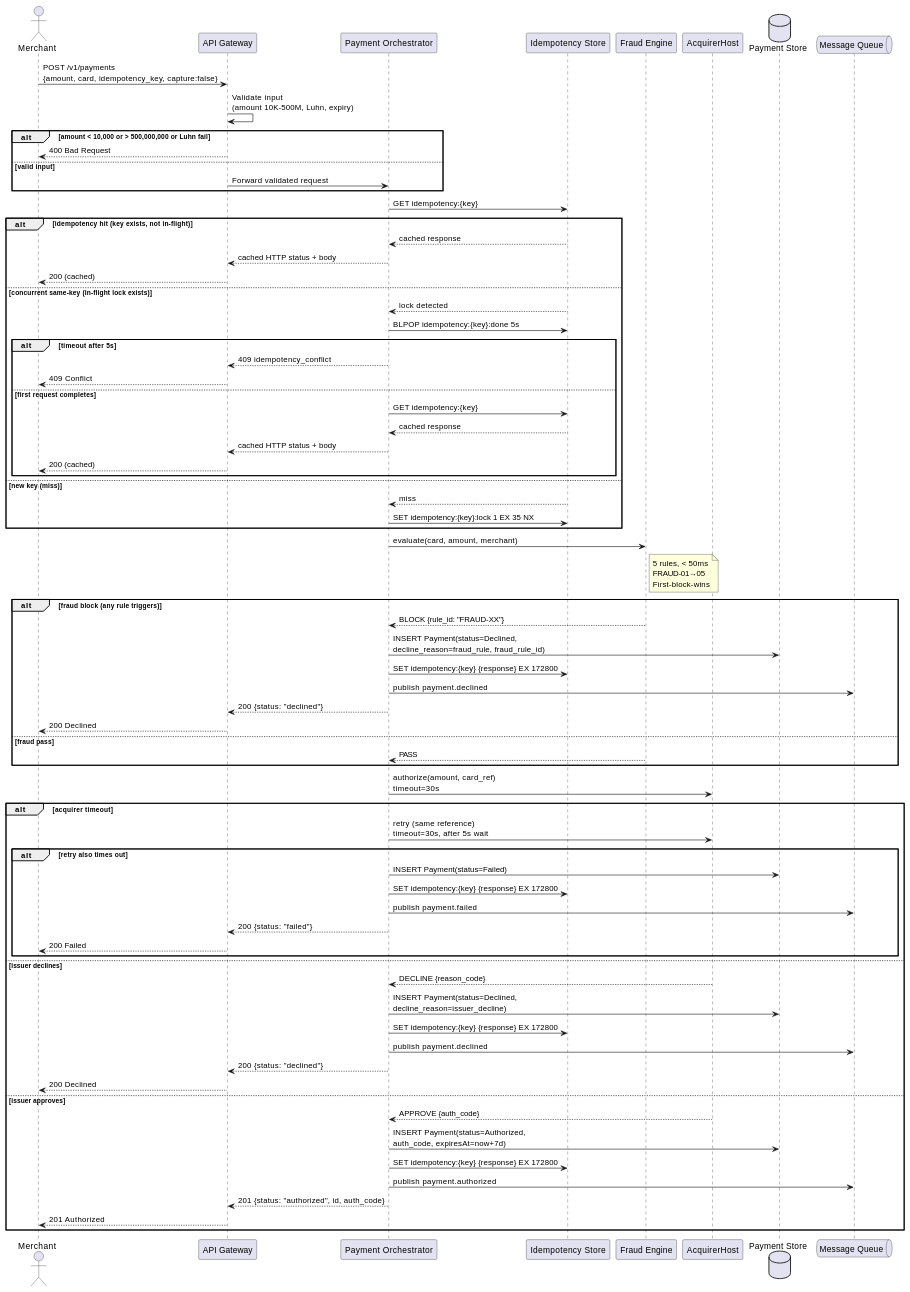
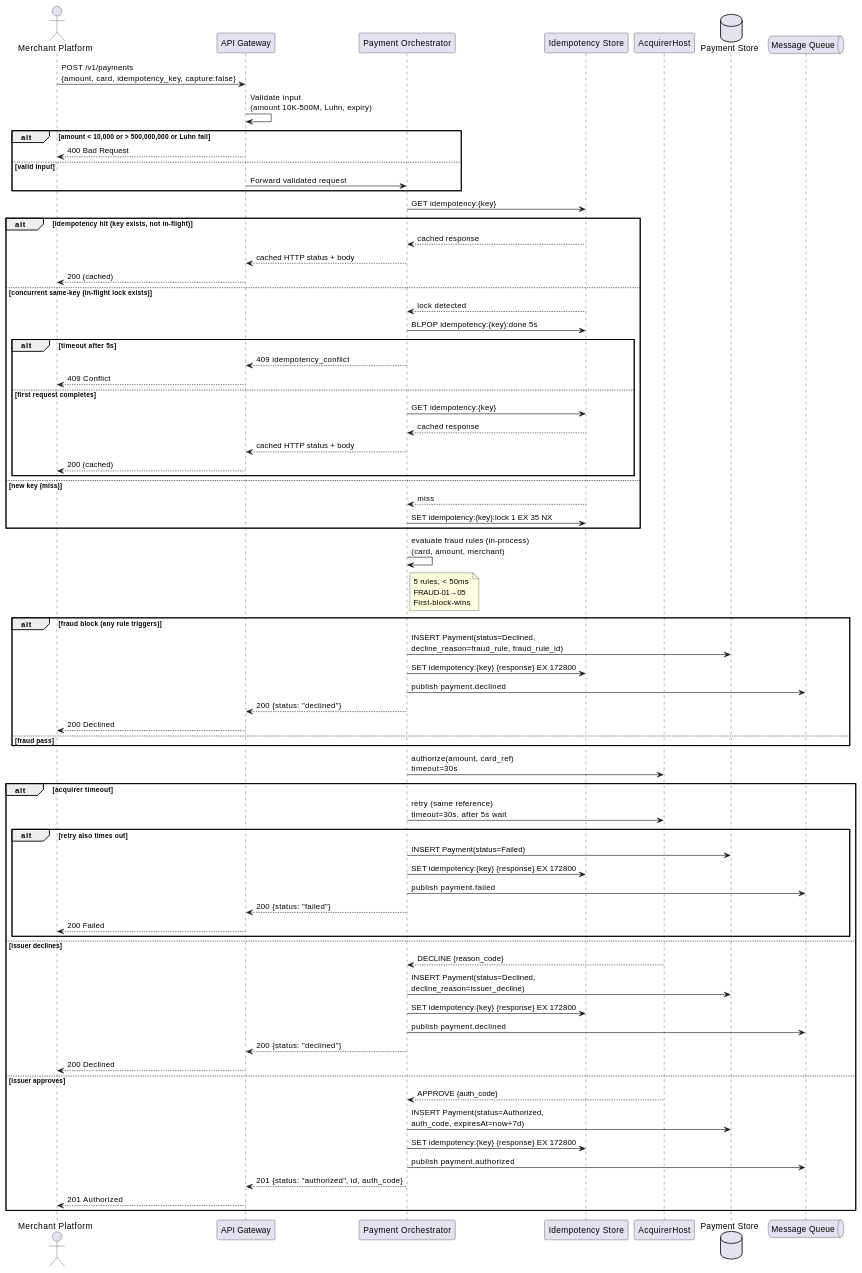
Before and after one commit to manhtienptit/team3: the first of 5 diagrams in Lb/Lab5-UML-LowLevel.md, drawn with PlantUML. The commit also changed other lines of this file and 6 other files, not shown here.

````diff
--- a/Lb/Lab5-UML-LowLevel.md
+++ b/Lb/Lab5-UML-LowLevel.md
@@ -35,10 +34,9 @@
 ```plantuml
 @startuml
-actor Merchant
+actor "Merchant Platform" as Merchant
 participant "API Gateway" as APIGW
 participant "Payment Orchestrator" as Orch
 participant "Idempotency Store" as Redis
-participant "Fraud Engine" as Fraud
 participant "AcquirerHost" as Acquirer
 database "Payment Store" as PG
 queue "Message Queue" as MQ
@@ -75,18 +73,16 @@
     Orch -> Redis : SET idempotency:{key}:lock 1 EX 35 NX
 end
 
-Orch -> Fraud : evaluate(card, amount, merchant)
-note right of Fraud : 5 rules, < 50ms\nFRAUD-01→05\nFirst-block-wins
+Orch -> Orch : evaluate fraud rules (in-process)\n(card, amount, merchant)
+note right of Orch : 5 rules, < 50ms\nFRAUD-01→05\nFirst-block-wins
 
 alt fraud block (any rule triggers)
-    Fraud --> Orch : BLOCK {rule_id: "FRAUD-XX"}
     Orch -> PG : INSERT Payment(status=Declined,\ndecline_reason=fraud_rule, fraud_rule_id)
     Orch -> Redis : SET idempotency:{key} {response} EX 172800
     Orch -> MQ : publish payment.declined
     Orch --> APIGW : 200 {status: "declined"}
     APIGW --> Merchant : 200 Declined
 else fraud pass
-    Fraud --> Orch : PASS
 end
 
 Orch -> Acquirer : authorize(amount, card_ref)\ntimeout=30s
````
